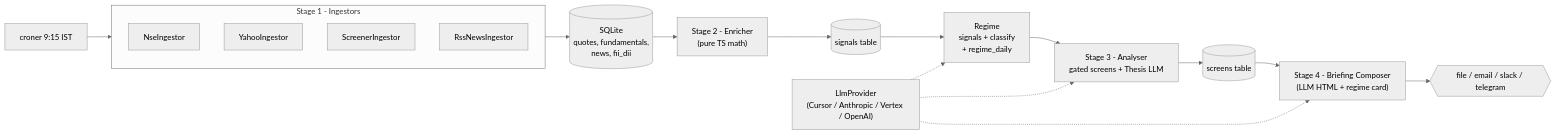
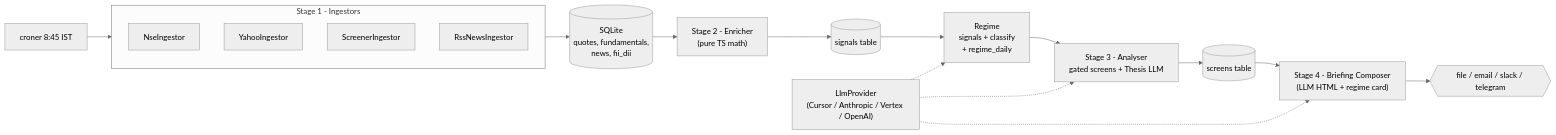
The diagram in README.md (Shubhamjain2908/market-pulse-AI), drawn with Mermaid (neutral theme) before and after one commit. The commit also changed other lines of this file and 3 other files, not shown here.

````diff
--- a/README.md
+++ b/README.md
@@ -78,21 +78,21 @@
 ```mermaid
 flowchart LR
-    Cron["croner 9:15 IST"] --> Ingest
+    Cron["croner 8:45 IST"] --> Ingest
     subgraph Ingest [Stage 1 - Ingestors]
         NSE[NseIngestor]
         Yahoo[YahooIngestor]
         Screener[ScreenerIngestor]
         RSS[RssNewsIngestor]
     end
     Ingest --> DB[("SQLite<br/>quotes, fundamentals,<br/>news, fii_dii")]
     DB --> Enrich["Stage 2 - Enricher<br/>(pure TS math)"]
     Enrich --> SignalsDB[("signals table")]
     SignalsDB --> Regime["Regime<br/>signals + classify<br/>+ regime_daily"]
     Regime --> Analyse["Stage 3 - Analyser<br/>gated screens + Thesis LLM"]
     Analyse --> ScreensDB[("screens table")]
     ScreensDB --> Brief["Stage 4 - Briefing Composer<br/>(LLM HTML + regime card)"]
     Brief --> Deliver{{"file / email / slack / telegram"}}
     LlmAbstraction["LlmProvider<br/>(Cursor / Anthropic / Vertex / OpenAI)"] -.-> Regime
     LlmAbstraction -.-> Analyse
     LlmAbstraction -.-> Brief
 ```
````
